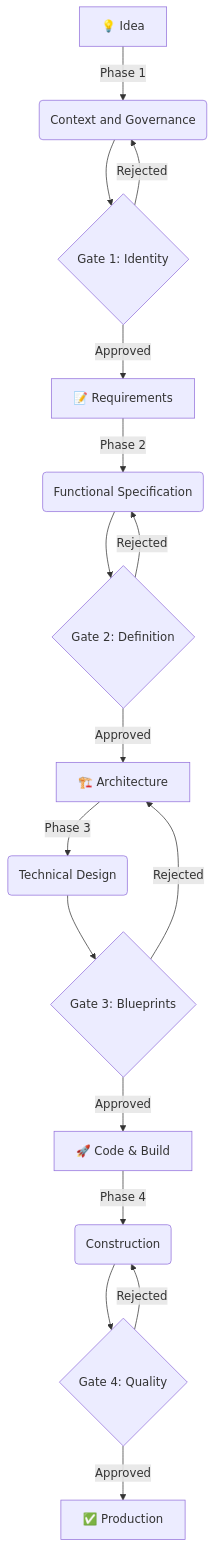
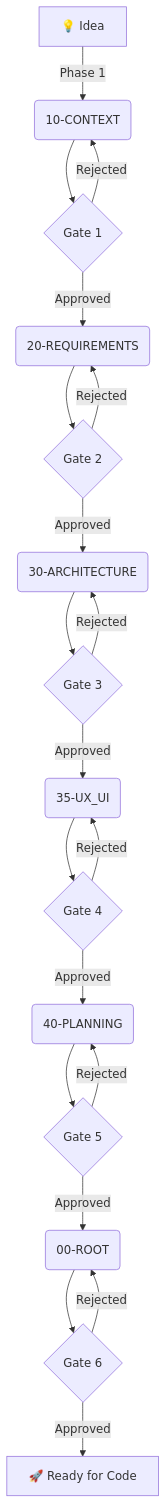
Before and after one commit to Pitcher755/soft-architect-ai: the diagram in packages/knowledge_base/00-META/MASTER_WORKFLOW_HUMAN.md, drawn with Mermaid. The commit also changed other lines of this file and 5 other files, not shown here.

````diff
--- a/packages/knowledge_base/00-META/MASTER_WORKFLOW_HUMAN.md
+++ b/packages/knowledge_base/00-META/MASTER_WORKFLOW_HUMAN.md
@@ -5,22 +5,28 @@
 ```mermaid
 graph TD
-    A[💡 Idea] -->|Phase 1| B(Context and Governance)
-    B --> C{Gate 1: Identity}
-    C -->|Approved| D[📝 Requirements]
+    A[💡 Idea] -->|Phase 1| B(10-CONTEXT)
+    B --> C{Gate 1}
+    C -->|Approved| D(20-REQUIREMENTS)
     C -->|Rejected| B
 
-    D -->|Phase 2| E(Functional Specification)
-    E --> F{Gate 2: Definition}
-    F -->|Approved| G[🏗️ Architecture]
-    F -->|Rejected| E
+    D --> E{Gate 2}
+    E -->|Approved| F(30-ARCHITECTURE)
+    E -->|Rejected| D
 
-    G -->|Phase 3| H(Technical Design)
-    H --> I{Gate 3: Blueprints}
-    I -->|Approved| J[🚀 Code & Build]
-    I -->|Rejected| G
+    F --> G{Gate 3}
+    G -->|Approved| H(35-UX_UI)
+    G -->|Rejected| F
 
-    J -->|Phase 4| K(Construction)
-    K --> L{Gate 4: Quality}
-    L -->|Approved| M[✅ Production]
-    L -->|Rejected| K
+    H --> I{Gate 4}
+    I -->|Approved| J(40-PLANNING)
+    I -->|Rejected| H
+
+    J --> K{Gate 5}
+    K -->|Approved| L(00-ROOT)
+    K -->|Rejected| J
+
+    L --> M{Gate 6}
+    M -->|Approved| N[🚀 Ready for Code]
+    M -->|Rejected| L
+
 ```
````
